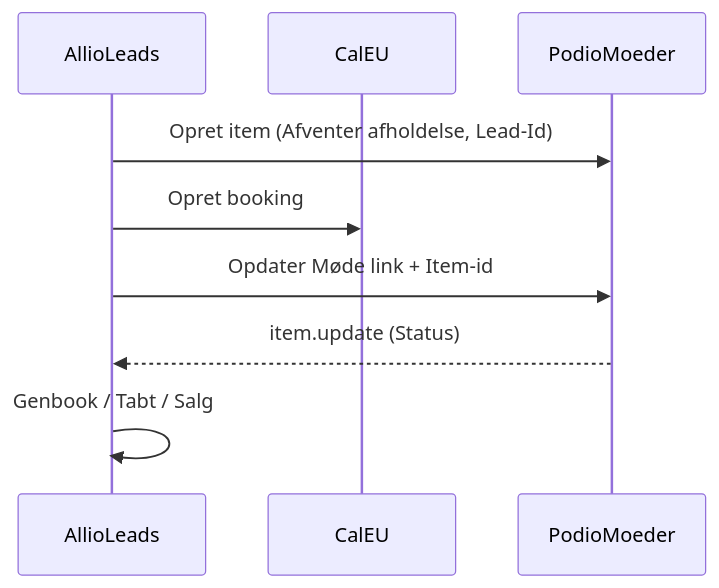
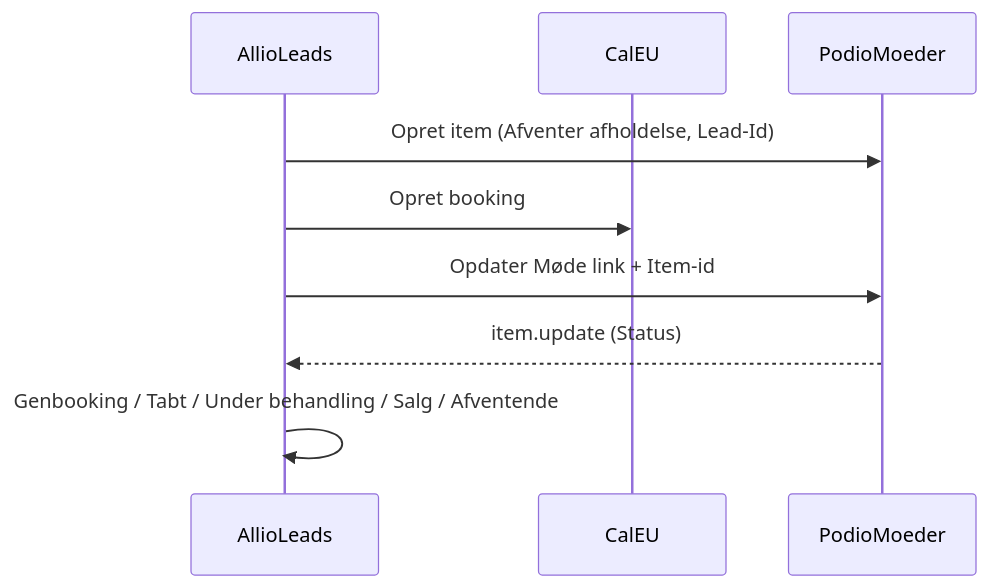
One commit to ErnestoLafargue/Allio-Leads changed the diagram in docs/PODIO-SETUP.md. Above: the diagram before and after it, drawn with Mermaid. The commit also changed other lines of this file and 26 other files, not shown here.

````diff
--- a/docs/PODIO-SETUP.md
+++ b/docs/PODIO-SETUP.md
@@ -12,12 +12,12 @@
 ```mermaid
 sequenceDiagram
   participant Allio as AllioLeads
   participant Cal as CalEU
   participant Podio as PodioMoeder
 
   Allio->>Podio: Opret item (Afventer afholdelse, Lead-Id)
   Allio->>Cal: Opret booking
   Allio->>Podio: Opdater Møde link + Item-id
   Podio-->>Allio: item.update (Status)
-  Allio->>Allio: Genbook / Tabt / Salg
+  Allio->>Allio: Genbooking / Tabt / Under behandling / Salg / Afventende
 ```
````
